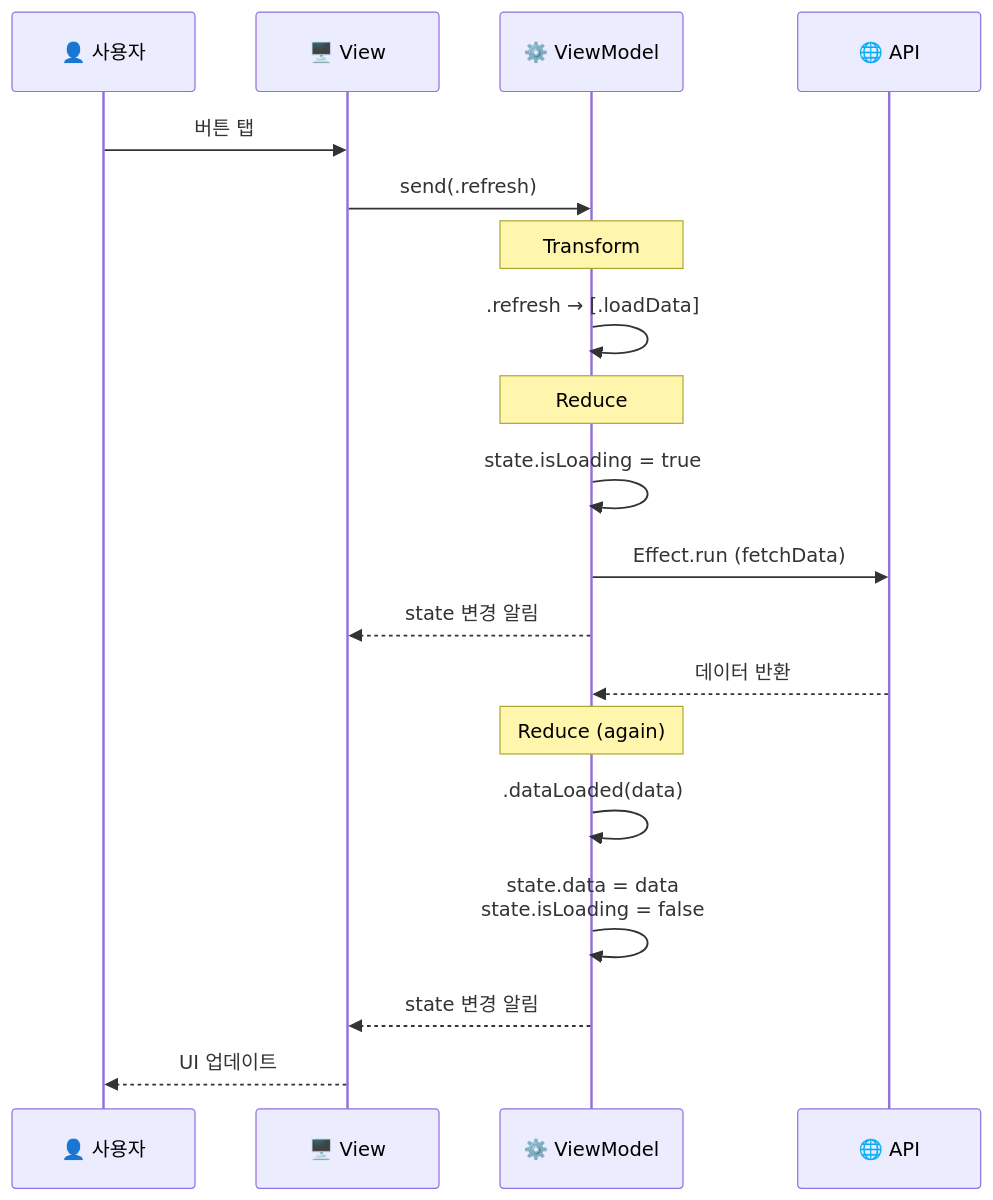
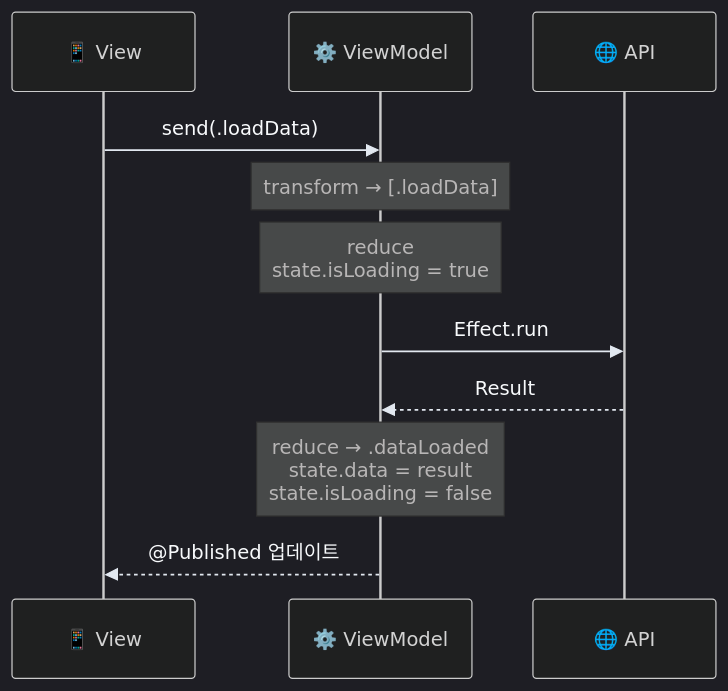
Before and after one commit to Jimmy-Jung/AsyncViewModel: the second of 2 diagrams in README.md, drawn with Mermaid. The commit also changed other lines of this file and 1 other file, not shown here.

First line of the commit message:
docs: [가이드-문서] AsyncViewModel 동작원리 가이드 및 README 개선

````diff
--- a/README.md
+++ b/README.md
@@ -394,27 +261,15 @@
 ```mermaid
+%%{init: {'theme': 'dark', 'themeVariables': {'signalColor': '#e2e8f0', 'signalTextColor': '#f8fafc'}}}%%
 sequenceDiagram
-    participant U as 👤 사용자
-    participant V as 🖥️ View
+    participant V as 📱 View
     participant VM as ⚙️ ViewModel
     participant API as 🌐 API
     
-    U->>V: 버튼 탭
-    V->>VM: send(.refresh)
-    
-    Note over VM: Transform
-    VM->>VM: .refresh → [.loadData]
-    
-    Note over VM: Reduce
-    VM->>VM: state.isLoading = true
-    VM->>API: Effect.run (fetchData)
-    VM-->>V: state 변경 알림
-    
-    API-->>VM: 데이터 반환
-    
-    Note over VM: Reduce (again)
-    VM->>VM: .dataLoaded(data)
-    VM->>VM: state.data = data<br/>state.isLoading = false
-    VM-->>V: state 변경 알림
-    
-    V-->>U: UI 업데이트
+    V->>VM: send(.loadData)
+    Note over VM: transform → [.loadData]
+    Note over VM: reduce<br/>state.isLoading = true
+    VM->>API: Effect.run
+    API-->>VM: Result
+    Note over VM: reduce → .dataLoaded<br/>state.data = result<br/>state.isLoading = false
+    VM-->>V: @Published 업데이트
 ```
````
